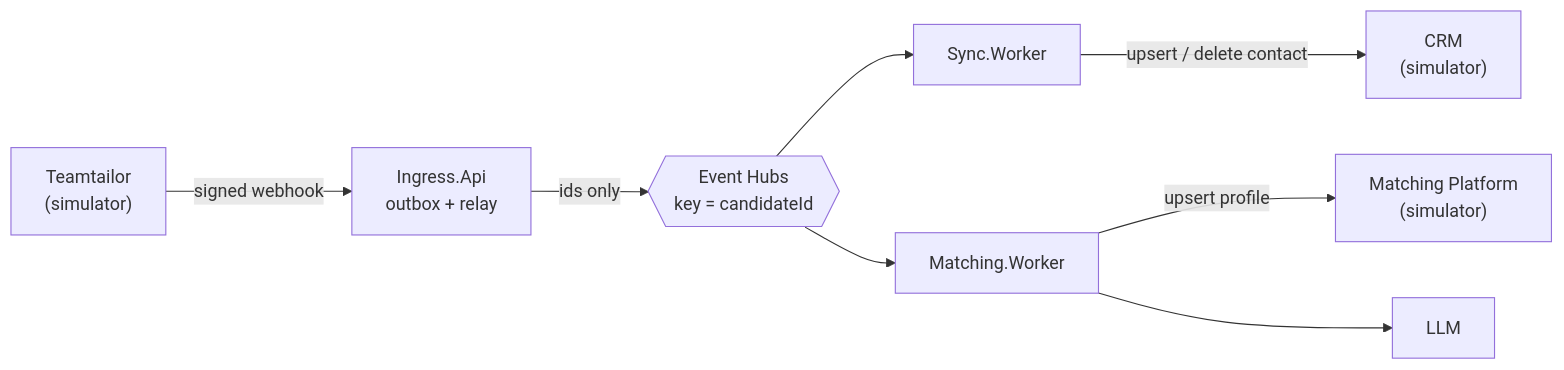
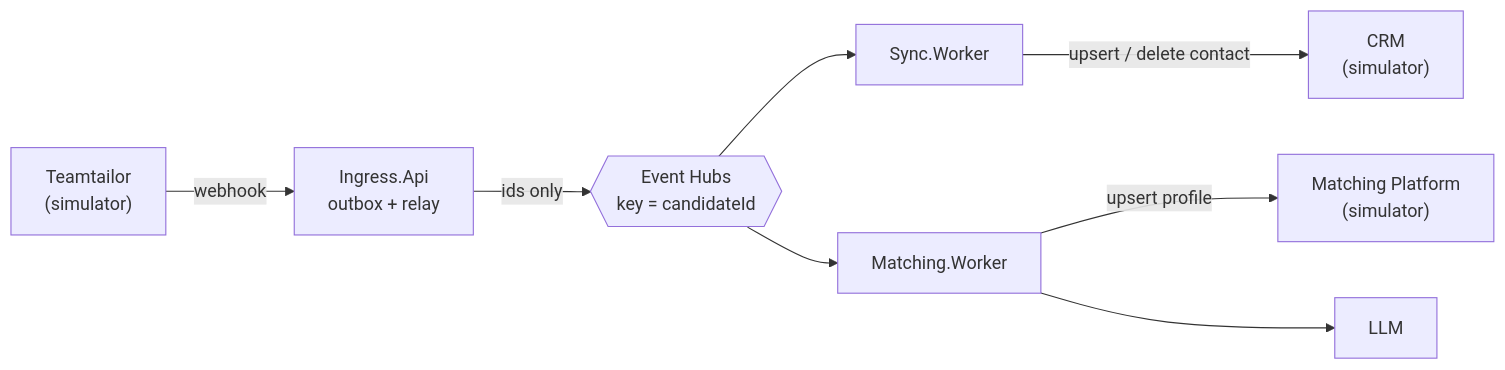
The diagram in README.md (wcislom/TalentSync), drawn with Mermaid before and after one commit. The commit also changed other lines of this file and 3 other files, not shown here.

````diff
--- a/README.md
+++ b/README.md
@@ -13,8 +13,8 @@
 ```mermaid
 flowchart LR
-  tt["Teamtailor<br/>(simulator)"] -->|signed webhook| ing["Ingress.Api<br/>outbox + relay"]
+  tt["Teamtailor<br/>(simulator)"] -->|webhook| ing["Ingress.Api<br/>outbox + relay"]
   ing -->|ids only| eh{{"Event Hubs<br/>key = candidateId"}}
   eh --> sw["Sync.Worker"] -->|upsert / delete contact| crm["CRM<br/>(simulator)"]
   eh --> mw["Matching.Worker"] -->|upsert profile| mp["Matching Platform<br/>(simulator)"]
   mw --> llm["LLM"]
 ```
````
